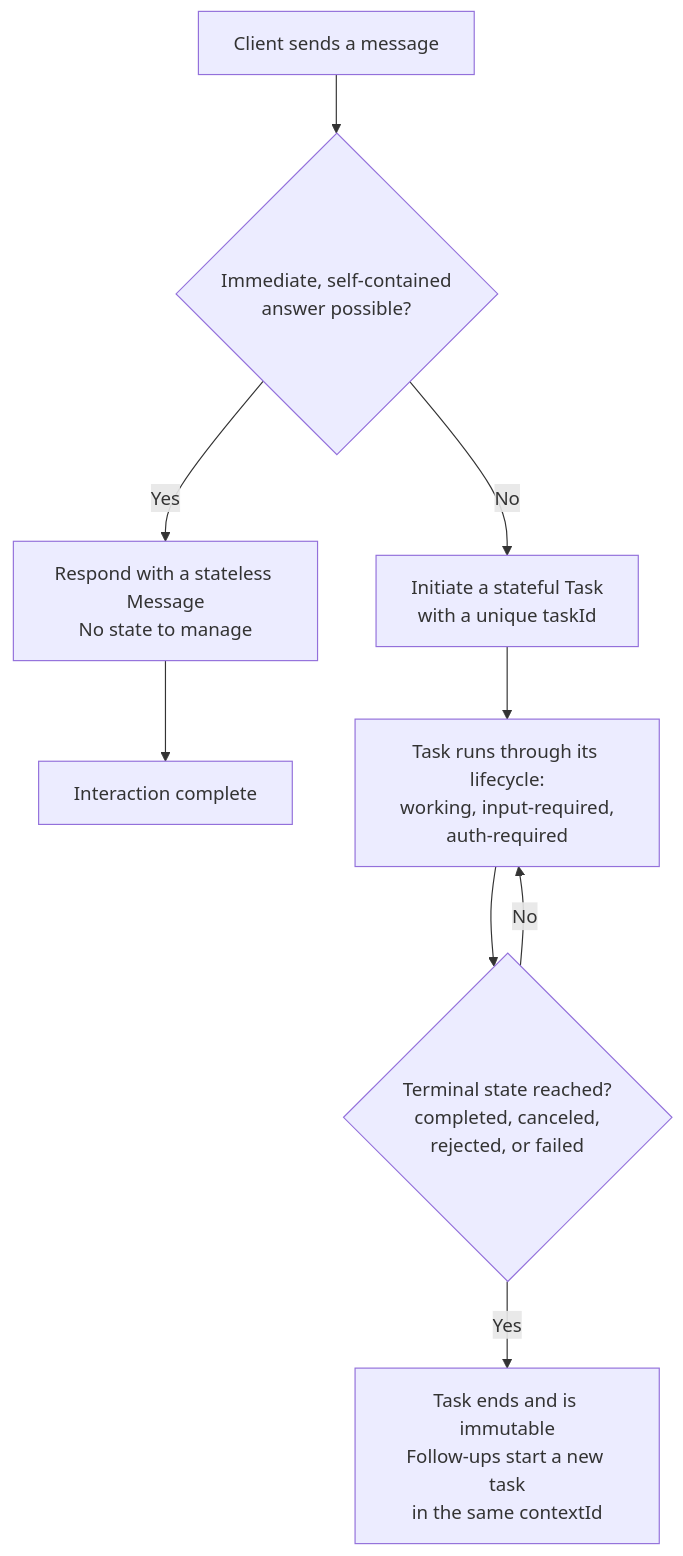
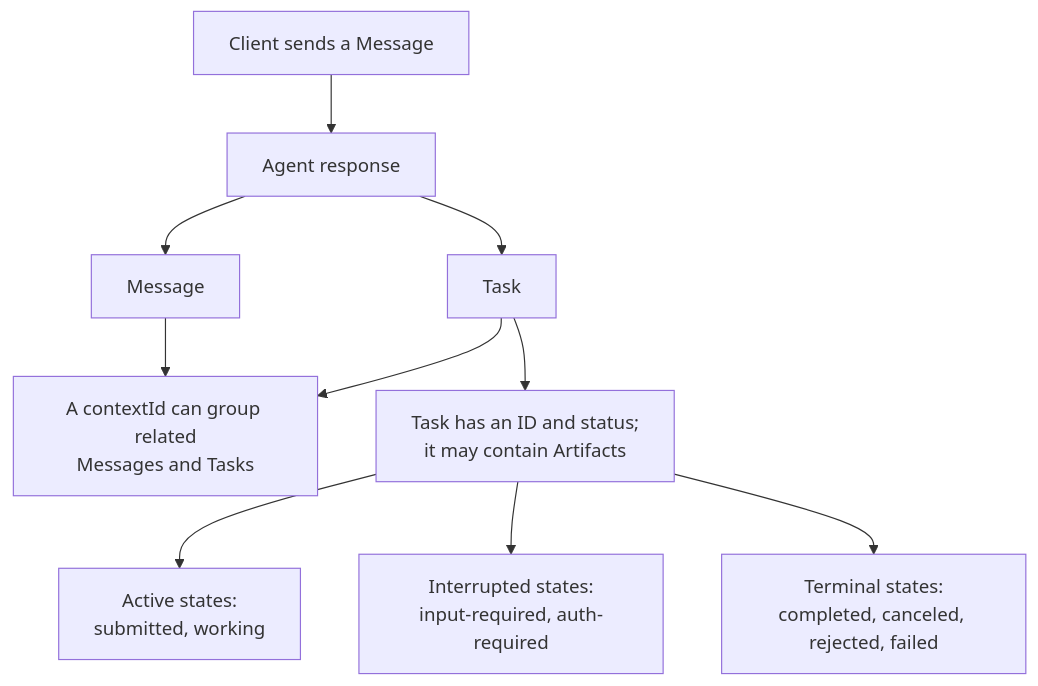
The diagram in docs/topics/life-of-a-task.md (a2aproject/A2A), drawn with Mermaid before and after one commit. The commit also changed other lines of this file, not shown here.

Commit message:
docs: clarify task and message response options

````diff
--- a/docs/topics/life-of-a-task.md
+++ b/docs/topics/life-of-a-task.md
@@ -29,11 +33,12 @@
 ```mermaid
 flowchart TD
-    A["Client sends a message"] --> B{"Immediate, self-contained<br>answer possible?"}
-    B -- "Yes" --> C["Respond with a stateless Message<br>No state to manage"]
-    B -- "No" --> D["Initiate a stateful Task<br>with a unique taskId"]
-    C --> H["Interaction complete"]
-    D --> E["Task runs through its lifecycle:<br>working, input-required,<br>auth-required"]
-    E --> F{"Terminal state reached?<br>completed, canceled,<br>rejected, or failed"}
-    F -- "No" --> E
-    F -- "Yes" --> G["Task ends and is immutable<br>Follow-ups start a new task<br>in the same contextId"]
+    A["Client sends a Message"] --> B["Agent response"]
+    B --> C["Message"]
+    B --> D["Task"]
+    C --> E["A contextId can group related<br>Messages and Tasks"]
+    D --> E
+    D --> F["Task has an ID and status;<br>it may contain Artifacts"]
+    F --> I["Active states:<br>submitted, working"]
+    F --> G["Interrupted states:<br>input-required, auth-required"]
+    F --> H["Terminal states:<br>completed, canceled, rejected, failed"]
 ```
````
